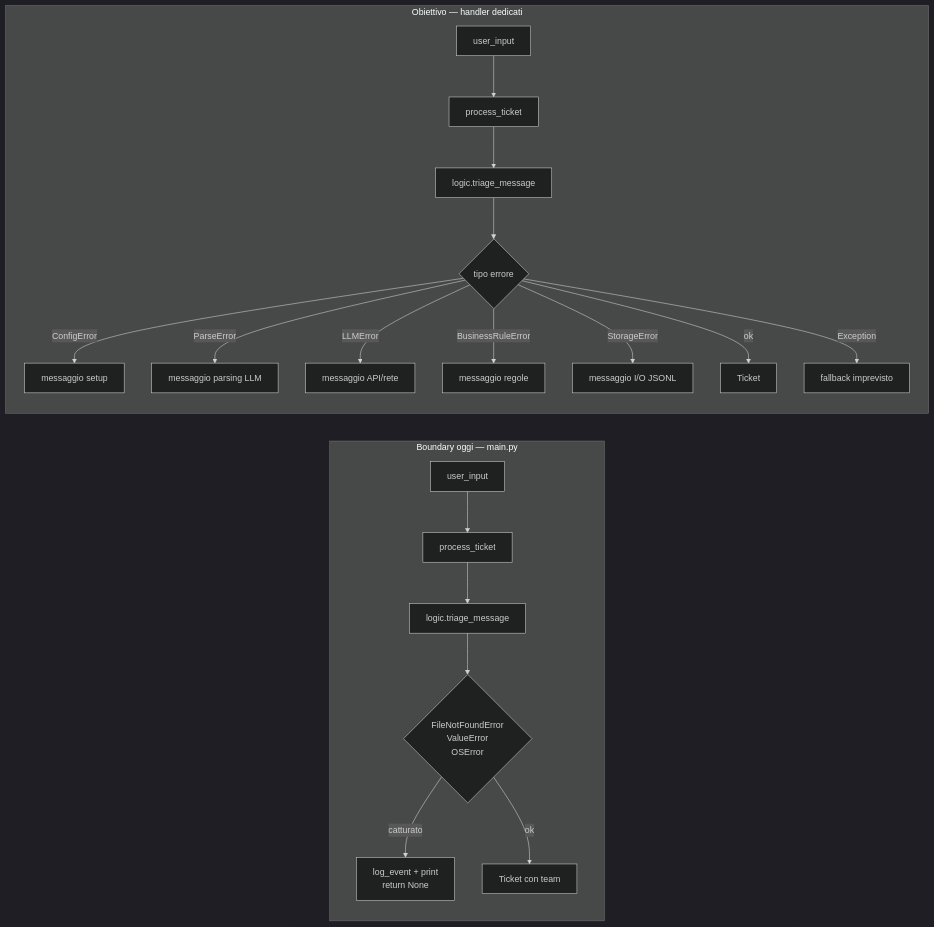
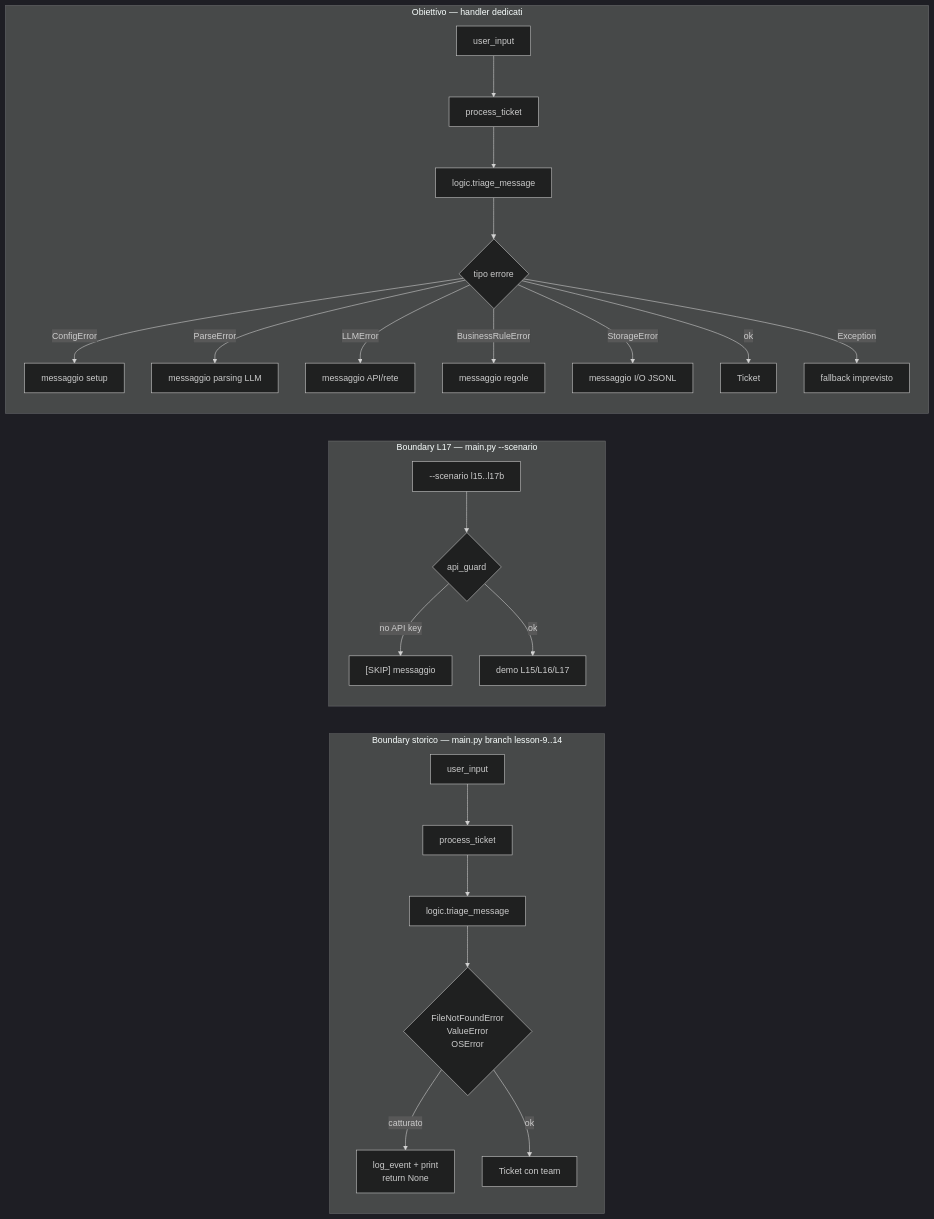
Before and after one commit to Impesud/agentic-triage-system: the third of 3 diagrams in GESTIONE_ERRORI.md, drawn with Mermaid (dark theme). The commit also changed other lines of this file and 34 other files, not shown here.

First line of the commit message:
feat(lesson-17): pruning, cache pipeline e demo performance L15-L17

````diff
--- a/GESTIONE_ERRORI.md
+++ b/GESTIONE_ERRORI.md
@@ -232,24 +245,30 @@
 ```mermaid
 flowchart LR
-    subgraph today [Boundary oggi — main.py]
+    subgraph today [Boundary storico — main.py branch lesson-9..14]
         direction TB
         T1[user_input] --> T2[process_ticket]
         T2 --> T3[logic.triage_message]
         T3 --> T4{FileNotFoundError\nValueError\nOSError}
         T4 -->|catturato| T5["log_event + print\nreturn None"]
         T4 -->|ok| T6[Ticket con team]
+    end
+    subgraph l17 [Boundary L17 — main.py --scenario]
+        direction TB
+        S1[--scenario l15..l17b] --> S2{api_guard}
+        S2 -->|no API key| S3["[SKIP] messaggio"]
+        S2 -->|ok| S4[demo L15/L16/L17]
     end
     subgraph target [Obiettivo — handler dedicati]
         direction TB
         G1[user_input] --> G2[process_ticket]
         G2 --> G3[logic.triage_message]
         G3 --> G4{tipo errore}
         G4 -->|ConfigError| G5[messaggio setup]
         G4 -->|ParseError| G6[messaggio parsing LLM]
         G4 -->|LLMError| G7[messaggio API/rete]
         G4 -->|BusinessRuleError| G8[messaggio regole]
         G4 -->|StorageError| G9[messaggio I/O JSONL]
         G4 -->|ok| G10[Ticket]
         G4 -->|Exception| G11[fallback imprevisto]
     end
 ```
````
